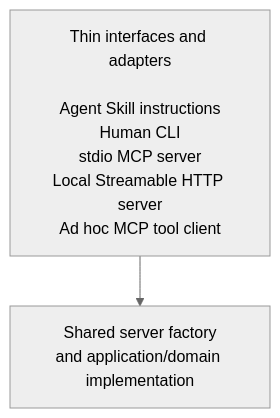
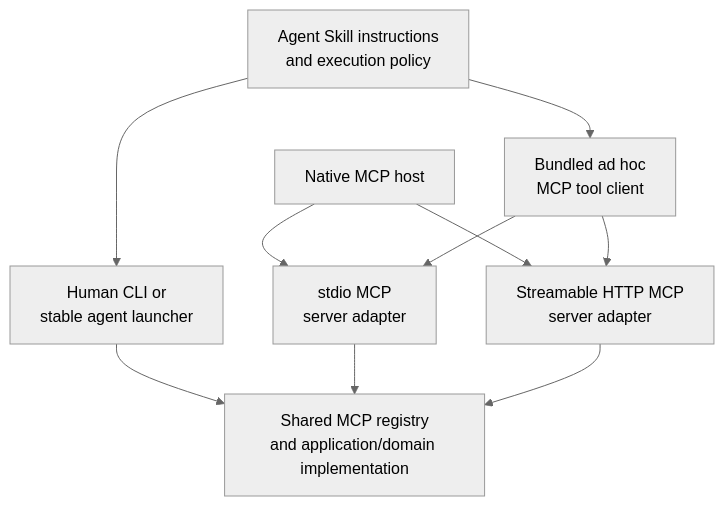
Before and after one commit to TakashiSasaki/templates: the diagram in README.md, drawn with Mermaid (neutral theme). The commit also changed other lines of this file, not shown here.

Commit message:
Correct MCP client architecture and protocol-era overview

````diff
--- a/README.md
+++ b/README.md
@@ -81,7 +81,20 @@
 ```mermaid
 flowchart TB
-    interfaces["Thin interfaces and adapters<br/><br/>Agent Skill instructions<br/>Human CLI<br/>stdio MCP server<br/>Local Streamable HTTP server<br/>Ad hoc MCP tool client"]
-    shared["Shared server factory<br/>and application/domain implementation"]
+    policy["Agent Skill instructions<br/>and execution policy"]
+    cli["Human CLI or<br/>stable agent launcher"]
+    client["Bundled ad hoc<br/>MCP tool client"]
+    host["Native MCP host"]
+    stdio["stdio MCP<br/>server adapter"]
+    http["Streamable HTTP MCP<br/>server adapter"]
+    shared["Shared MCP registry<br/>and application/domain implementation"]
 
-    interfaces --> shared
+    policy --> cli
+    policy --> client
+    host --> stdio
+    host --> http
+    client --> stdio
+    client --> http
+    cli --> shared
+    stdio --> shared
+    http --> shared
 ```
````
